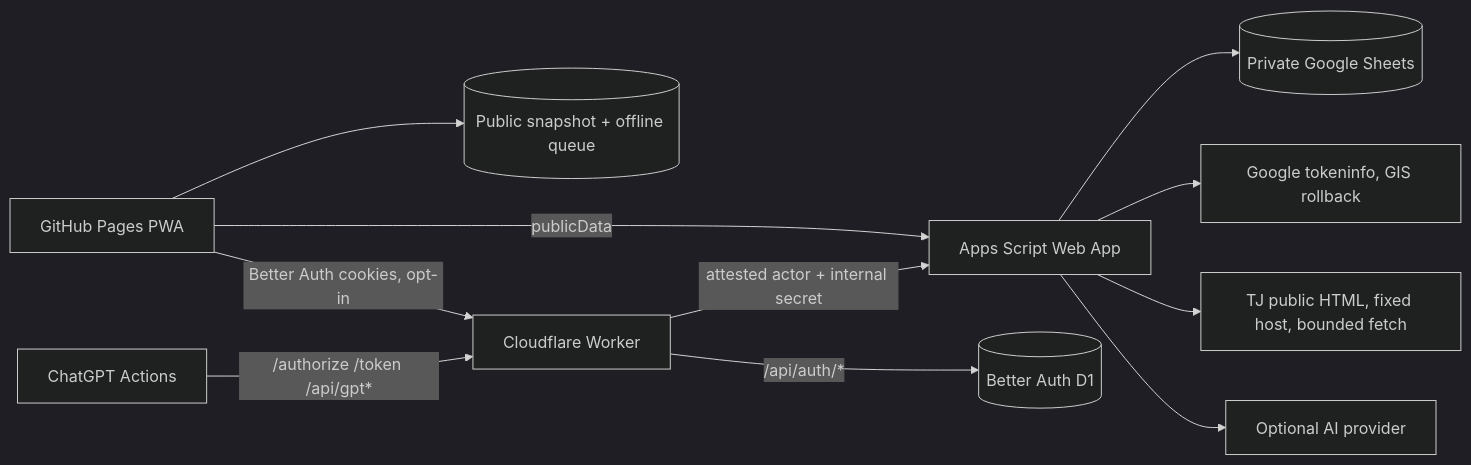
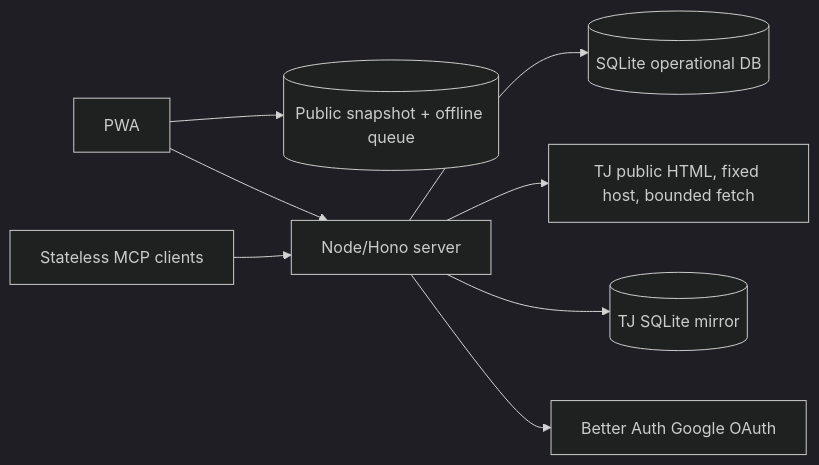
The diagram in docs/architecture.md (LPFchan/okdam-songbook), drawn with Mermaid (dark theme) before and after one commit. The commit also changed other lines of this file and 15 other files, not shown here.

````diff
--- a/docs/architecture.md
+++ b/docs/architecture.md
@@ -8,13 +7,10 @@
 ```mermaid
 flowchart LR
-  Browser[GitHub Pages PWA] --> IndexedDB[(Public snapshot + offline queue)]
-  Browser -->|publicData| AppsScript[Apps Script Web App]
-  Browser -->|Better Auth cookies, opt-in| Worker[Cloudflare Worker]
-  Worker -->|/api/auth/*| D1[(Better Auth D1)]
-  Worker -->|attested actor + internal secret| AppsScript
-  AppsScript --> Sheets[(Private Google Sheets)]
-  AppsScript --> TokenInfo[Google tokeninfo, GIS rollback]
-  AppsScript --> TJ[TJ public HTML, fixed host, bounded fetch]
-  AppsScript --> AI[Optional AI provider]
-  ChatGPT[ChatGPT Actions] -->|/authorize /token /api/gpt*| Worker
+  Browser[PWA] --> IndexedDB[(Public snapshot + offline queue)]
+  Browser --> Node[Node/Hono server]
+  MCP[Stateless MCP clients] --> Node
+  Node --> SQLite[(SQLite operational DB)]
+  Node --> TJ[TJ public HTML, fixed host, bounded fetch]
+  Node --> Mirror[(TJ SQLite mirror)]
+  Node --> Google[Better Auth Google OAuth]
 ```
````
